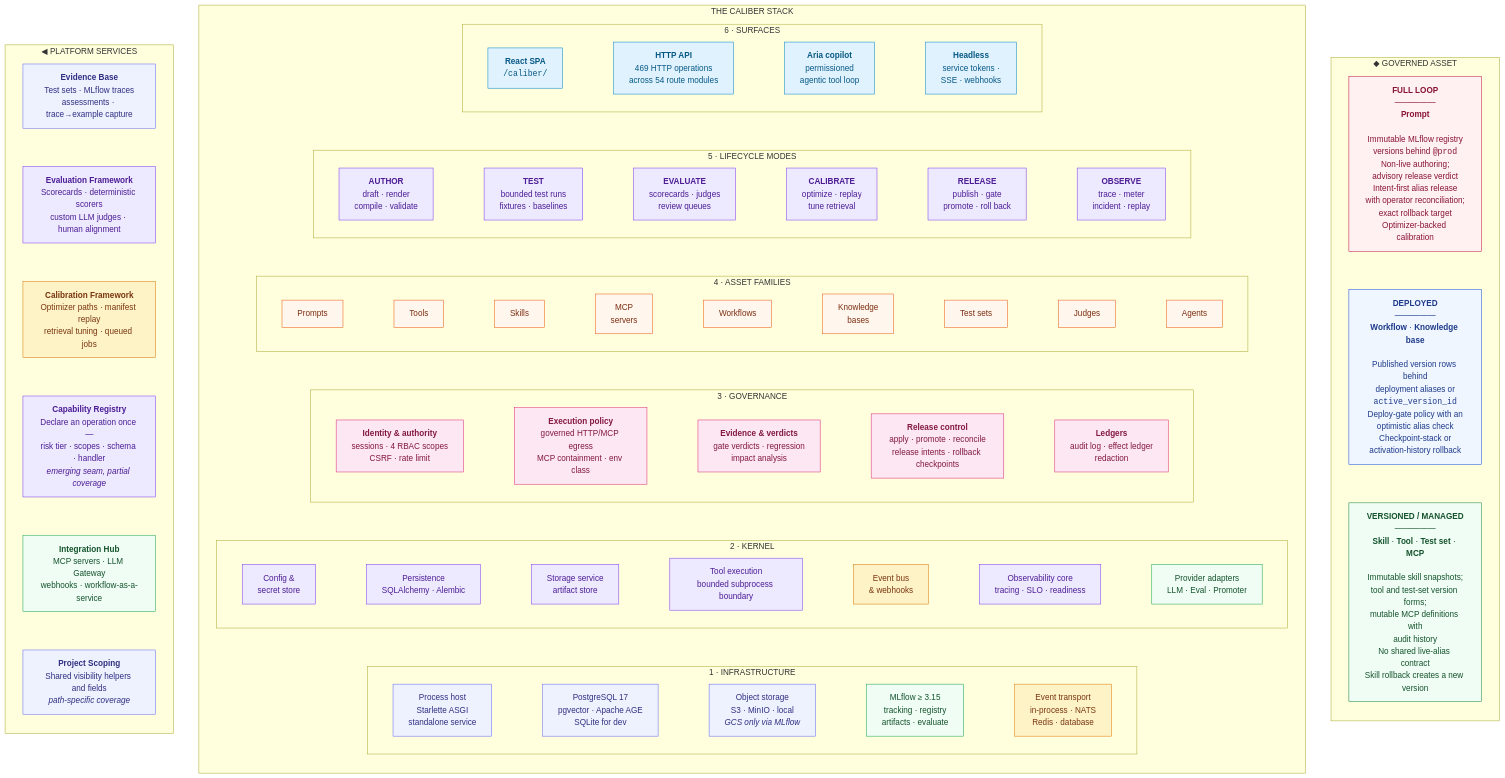
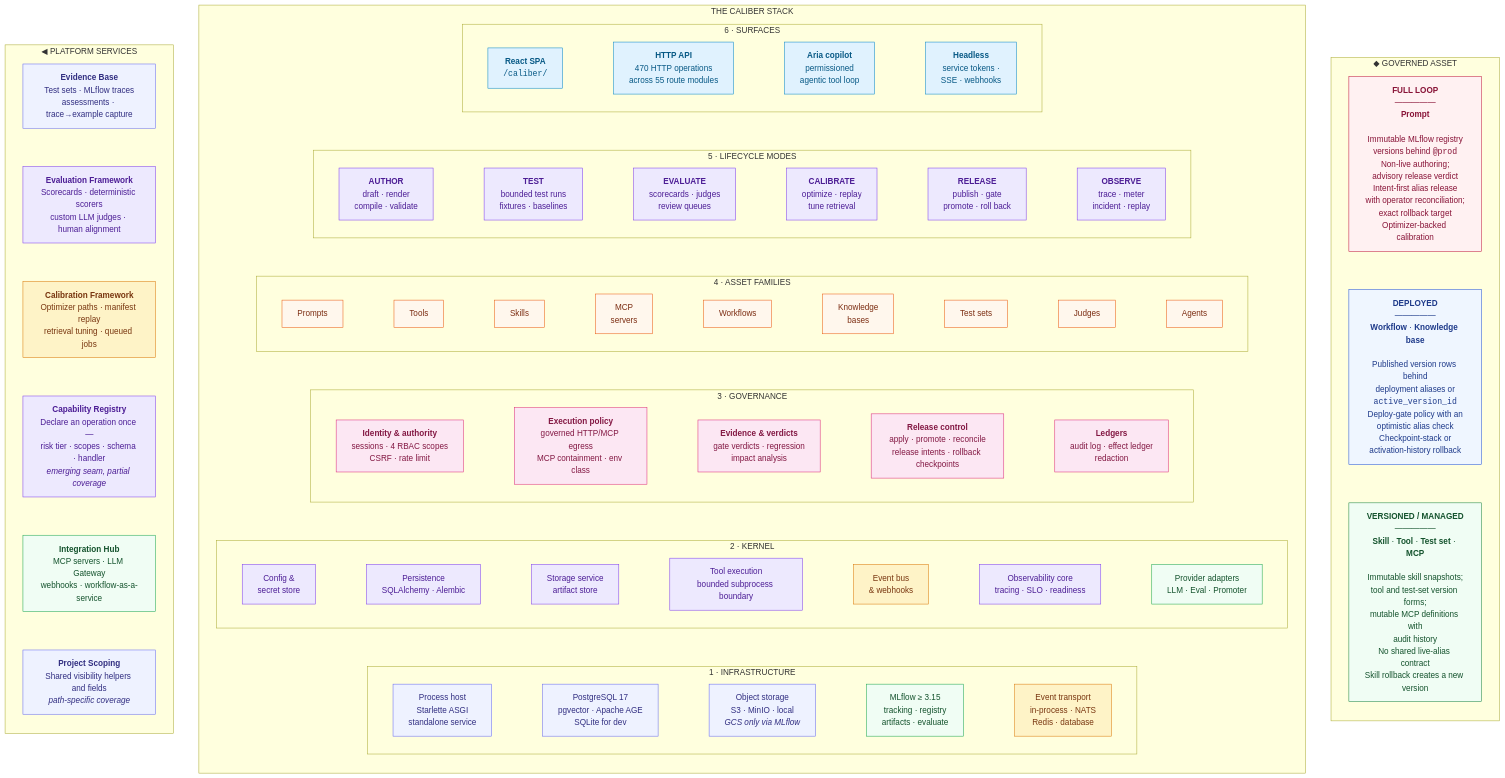
The first of 8 diagrams in ARCHITECTURE.md (rrahimi-uci/caliber-suite), drawn with Mermaid before and after one commit. The commit also changed 24 other files, not shown here.

```diff
--- a/ARCHITECTURE.md
+++ b/ARCHITECTURE.md
@@ -105,7 +105,7 @@
     subgraph L6["6 · SURFACES"]
       direction LR
       s1["<b>React SPA</b><br/><code>/caliber/</code>"]:::ui
-      s2["<b>HTTP API</b><br/>469 HTTP operations<br/>across 54 route modules"]:::ui
+      s2["<b>HTTP API</b><br/>470 HTTP operations<br/>across 55 route modules"]:::ui
       s3["<b>Aria copilot</b><br/>permissioned<br/>agentic tool loop"]:::ui
       s4["<b>Headless</b><br/>service tokens ·<br/>SSE · webhooks"]:::ui
       s1 --- s2 --- s3 --- s4
```
